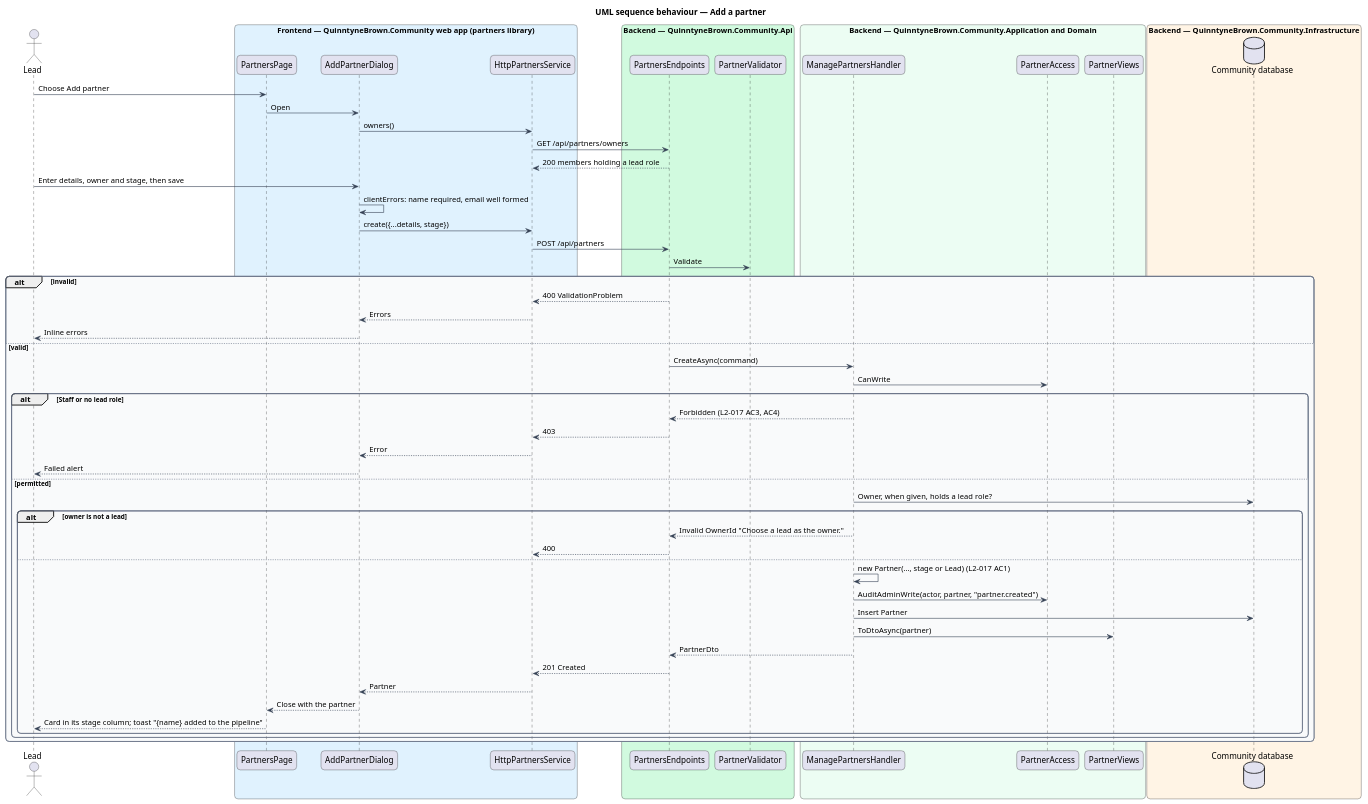
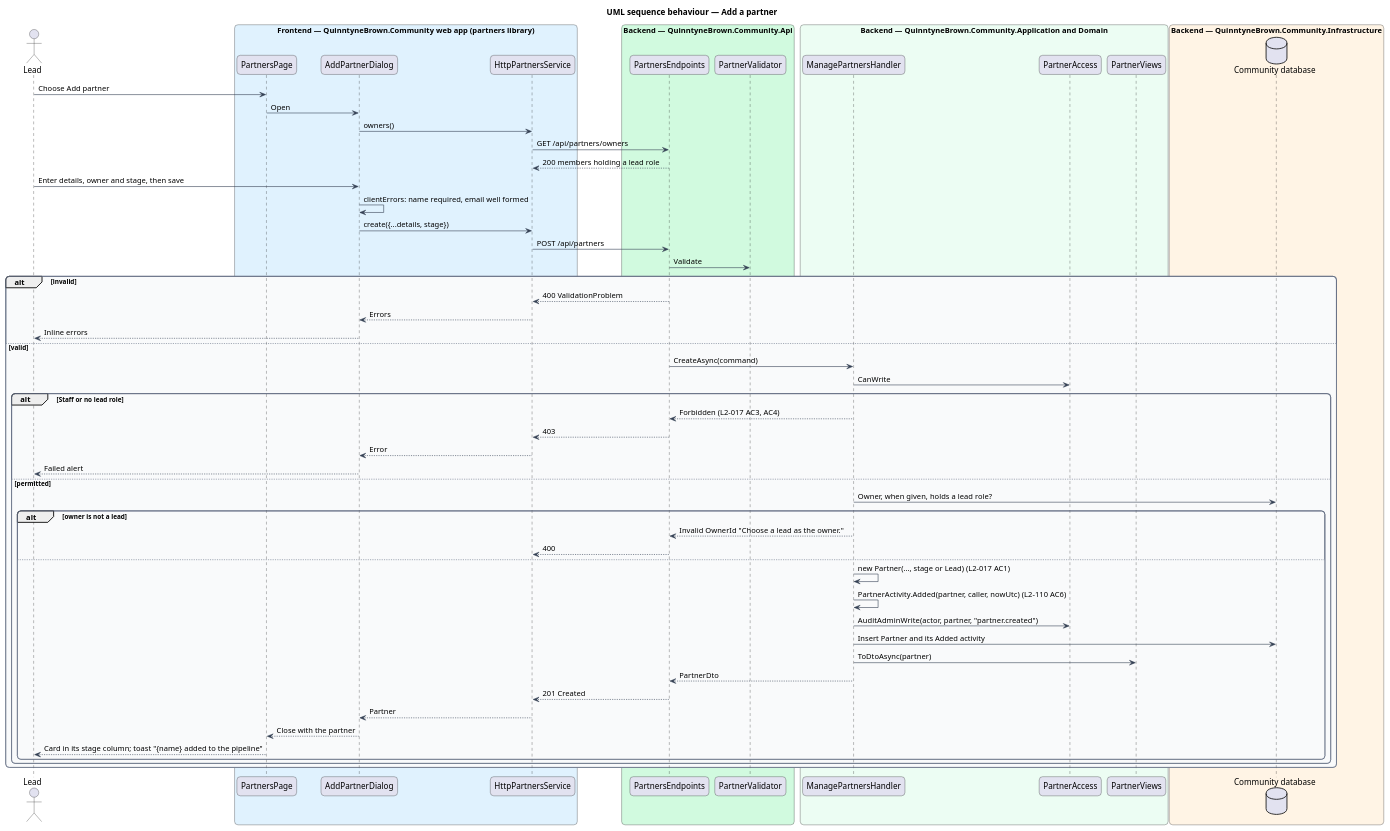
Before and after one commit to QuinntyneBrown/quinntyne-brown: the diagram in docs/detailed-designs/partners/manage-partners/diagrams/sequence-add-partner.puml, drawn with PlantUML. The commit also changed 576 other files, not shown here.

First line of the commit message:
Add partner activity, duplicates and merge, event check-in and Reports

```diff
--- a/docs/detailed-designs/partners/manage-partners/diagrams/sequence-add-partner.puml
+++ b/docs/detailed-designs/partners/manage-partners/diagrams/sequence-add-partner.puml
@@ -1,75 +1,76 @@
 @startuml
 title UML sequence behaviour — Add a partner
 skinparam backgroundColor #FFFFFF
 skinparam shadowing false
 skinparam roundcorner 12
 skinparam defaultFontName Arial
 skinparam ArrowColor #344054
 skinparam rectangle {
   BorderColor #344054
   FontColor #101828
 }
 skinparam package {
   BorderColor #667085
   FontColor #101828
   BackgroundColor #F9FAFB
 }
 actor "Lead" as actor
 box "Frontend — QuinntyneBrown.Community web app (partners library)" #E0F2FE
   participant "PartnersPage" as board
   participant "AddPartnerDialog" as dlg
   participant "HttpPartnersService" as svc
 end box
 box "Backend — QuinntyneBrown.Community.Api" #D1FADF
   participant "PartnersEndpoints" as ep
   participant "PartnerValidator" as v
 end box
 box "Backend — QuinntyneBrown.Community.Application and Domain" #ECFDF3
   participant "ManagePartnersHandler" as h
   participant "PartnerAccess" as acc
   participant "PartnerViews" as views
 end box
 box "Backend — QuinntyneBrown.Community.Infrastructure" #FFF4E5
   database "Community database" as db
 end box
 actor -> board : Choose Add partner
 board -> dlg : Open
 dlg -> svc : owners()
 svc -> ep : GET /api/partners/owners
 ep --> svc : 200 members holding a lead role
 actor -> dlg : Enter details, owner and stage, then save
 dlg -> dlg : clientErrors: name required, email well formed
 dlg -> svc : create({...details, stage})
 svc -> ep : POST /api/partners
 ep -> v : Validate
 alt invalid
   ep --> svc : 400 ValidationProblem
   svc --> dlg : Errors
   dlg --> actor : Inline errors
 else valid
   ep -> h : CreateAsync(command)
   h -> acc : CanWrite
   alt Staff or no lead role
     h --> ep : Forbidden (L2-017 AC3, AC4)
     ep --> svc : 403
     svc --> dlg : Error
     dlg --> actor : Failed alert
   else permitted
     h -> db : Owner, when given, holds a lead role?
     alt owner is not a lead
       h --> ep : Invalid OwnerId "Choose a lead as the owner."
       ep --> svc : 400
     else
       h -> h : new Partner(..., stage or Lead) (L2-017 AC1)
+      h -> h : PartnerActivity.Added(partner, caller, nowUtc) (L2-110 AC6)
       h -> acc : AuditAdminWrite(actor, partner, "partner.created")
-      h -> db : Insert Partner
+      h -> db : Insert Partner and its Added activity
       h -> views : ToDtoAsync(partner)
       h --> ep : PartnerDto
       ep --> svc : 201 Created
       svc --> dlg : Partner
       dlg --> board : Close with the partner
       board --> actor : Card in its stage column; toast "{name} added to the pipeline"
     end
   end
 end
 @enduml
```
